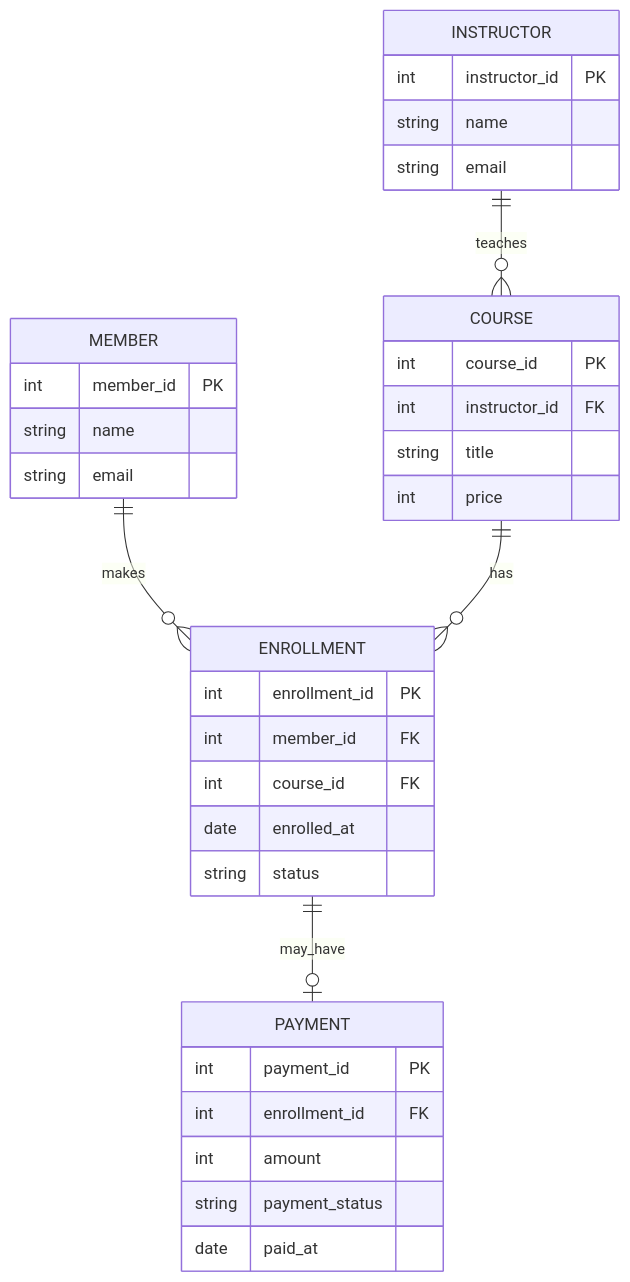
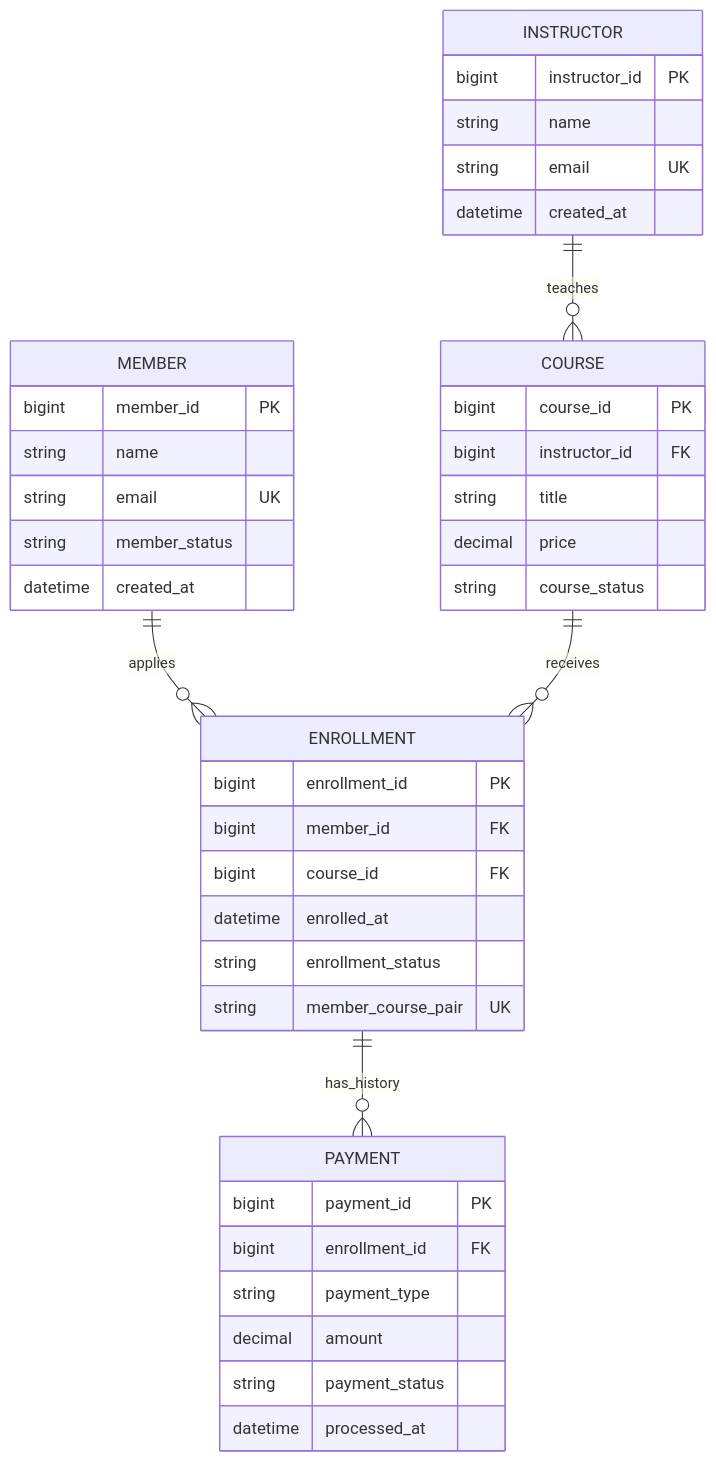
Before and after one commit to GilbertMoon/ai-database-book: the diagram in images/chapter01/ch01_05_online_course_data_relationship.mmd, drawn with Mermaid.

Commit message:
Refine chapter 1 online course data relationship source

```diff
--- a/images/chapter01/ch01_05_online_course_data_relationship.mmd
+++ b/images/chapter01/ch01_05_online_course_data_relationship.mmd
@@ -1,40 +1,52 @@
 erDiagram
-    MEMBER ||--o{ ENROLLMENT : makes
-    COURSE ||--o{ ENROLLMENT : has
     INSTRUCTOR ||--o{ COURSE : teaches
-    ENROLLMENT ||--o| PAYMENT : may_have
+    MEMBER ||--o{ ENROLLMENT : applies
+    COURSE ||--o{ ENROLLMENT : receives
+    ENROLLMENT ||--o{ PAYMENT : has_history
 
     MEMBER {
-        int member_id PK
+        bigint member_id PK
         string name
-        string email
+        string email UK
+        string member_status
+        datetime created_at
     }
 
     INSTRUCTOR {
-        int instructor_id PK
+        bigint instructor_id PK
         string name
-        string email
+        string email UK
+        datetime created_at
     }
 
     COURSE {
-        int course_id PK
-        int instructor_id FK
+        bigint course_id PK
+        bigint instructor_id FK
         string title
-        int price
+        decimal price
+        string course_status
     }
 
     ENROLLMENT {
-        int enrollment_id PK
-        int member_id FK
-        int course_id FK
-        date enrolled_at
-        string status
+        bigint enrollment_id PK
+        bigint member_id FK
+        bigint course_id FK
+        datetime enrolled_at
+        string enrollment_status
+        string member_course_pair UK
     }
 
     PAYMENT {
-        int payment_id PK
-        int enrollment_id FK
-        int amount
+        bigint payment_id PK
+        bigint enrollment_id FK
+        string payment_type
+        decimal amount
         string payment_status
-        date paid_at
+        datetime processed_at
     }
+
+%% 핵심 업무 규칙
+%% 1. MEMBER와 COURSE의 N:M 관계를 ENROLLMENT가 해소한다.
+%% 2. ENROLLMENT의 member_id + course_id 조합을 UNIQUE로 관리해 중복 수강신청을 막는다.
+%% 3. PAYMENT는 결제 시도와 환불 이력을 보존할 수 있도록 ENROLLMENT와 1:N으로 연결한다.
+%% 4. 이름·강의명 대신 PK/FK로 관계를 연결해 값 변경과 중복 저장 문제를 줄인다.
```
